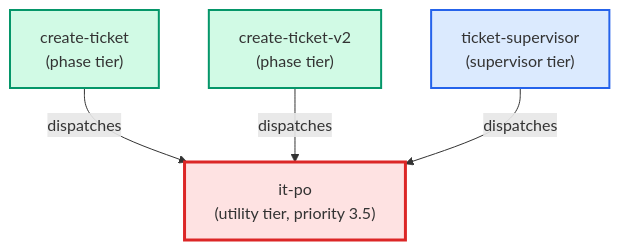
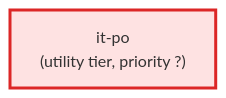
Before and after one commit to urlmonitor/leafcutter-ai: the diagram in docs/agents/cards/it-po.card.md, drawn with Mermaid. The commit also changed other lines of this file and 52 other files, not shown here.

````diff
--- a/docs/agents/cards/it-po.card.md
+++ b/docs/agents/cards/it-po.card.md
@@ -46,16 +52,10 @@
 ```mermaid
 flowchart TD
     classDef supervisor fill:#dbeafe,stroke:#2563eb,stroke-width:2px
     classDef phase fill:#d1fae5,stroke:#059669,stroke-width:2px
     classDef utility fill:#f3f4f6,stroke:#4b5563,stroke-width:2px
     classDef target fill:#fee2e2,stroke:#dc2626,stroke-width:3px
 
-    create_ticket["create-ticket\n(phase tier)"]:::phase
-    create_ticket_v2["create-ticket-v2\n(phase tier)"]:::phase
-    ticket_supervisor["ticket-supervisor\n(supervisor tier)"]:::supervisor
-    it_po["it-po\n(utility tier, priority 3.5)"]:::target
+    it_po["it-po\n(utility tier, priority ?)"]:::target
 
-    create_ticket -->|dispatches| it_po
-    create_ticket_v2 -->|dispatches| it_po
-    ticket_supervisor -->|dispatches| it_po
 ```
````
